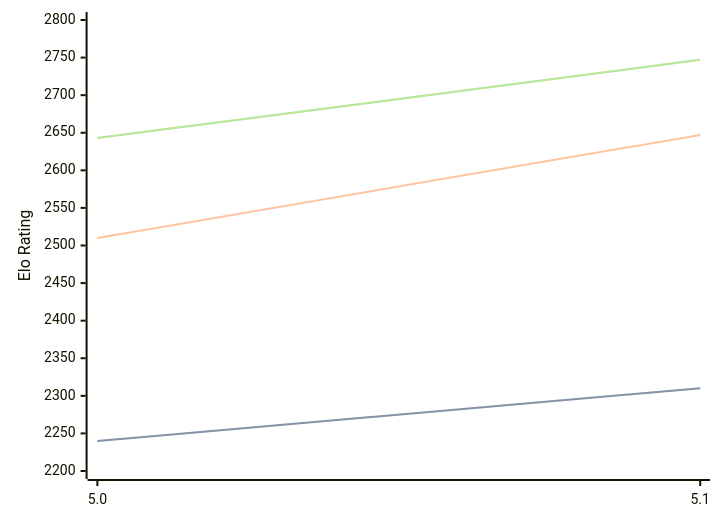
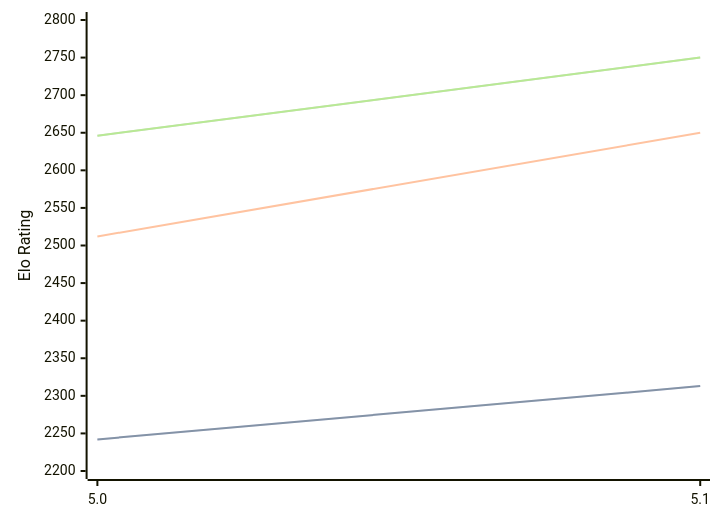
One commit to computer-chess-index/cci changed the diagram in engines/Dorky.md. Above: the diagram before and after it, drawn with Mermaid. The commit also changed other lines of this file, not shown here.

Commit message:
Update CCI Ratings (ELO VLTC) - 2026-09-24

````diff
--- a/engines/Dorky.md
+++ b/engines/Dorky.md
@@ -32,11 +32,11 @@
 ```mermaid
 %%{init: {"theme":"base","themeVariables":{"seriesColors:['#a3a3a3','#222221','#faa371']}}}%%
 xychart-beta
   x-axis ["5.0", "5.1"]
   y-axis "Elo Rating" 2200 --> 2800
-  line "" [2240, 2310]
-  line "STC (8.0+0.08s)" [2240, 2310]
-  line "LTC (60.0+0.60s)" [2510, 2647]
-  line "" [2643, 2747]
-  line "VLTC (2m24s+1.12s)" [2643, 2747]
+  line "" [2242, 2313]
+  line "STC (8.0+0.08s)" [2242, 2313]
+  line "LTC (60.0+0.60s)" [2512, 2650]
+  line "" [2646, 2750]
+  line "VLTC (2m24s+1.12s)" [2646, 2750]
 ```
````
